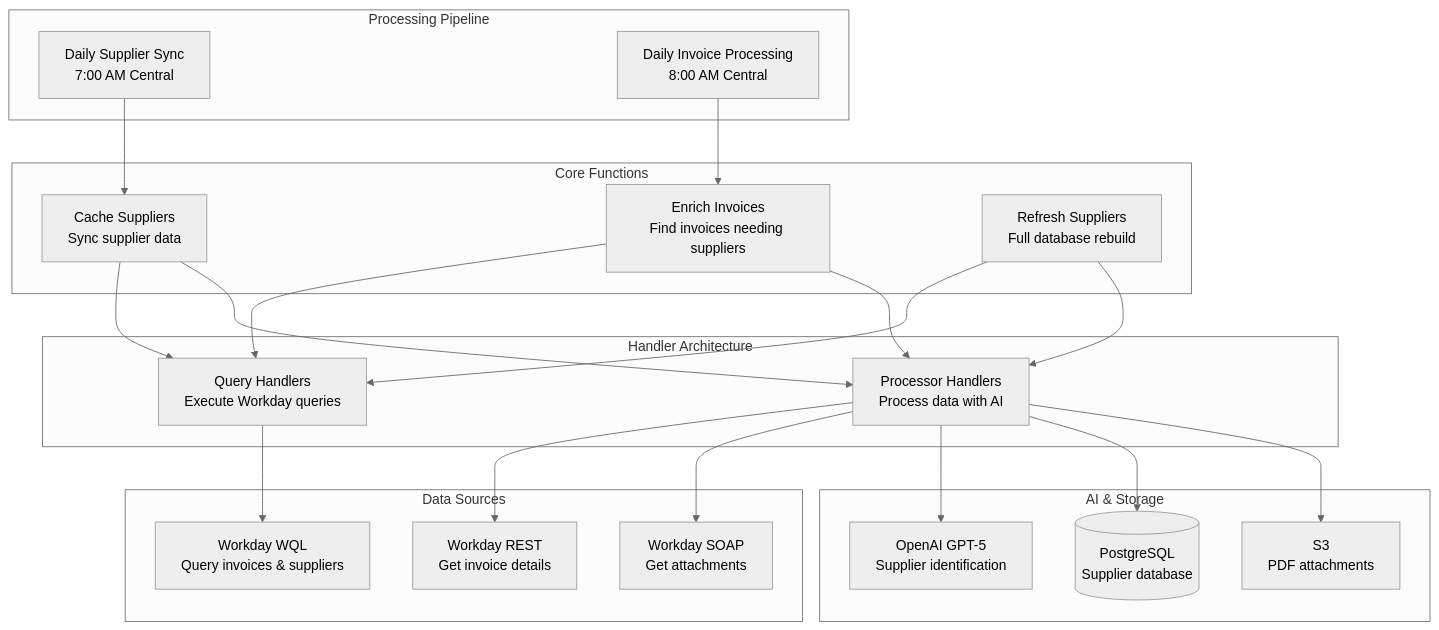
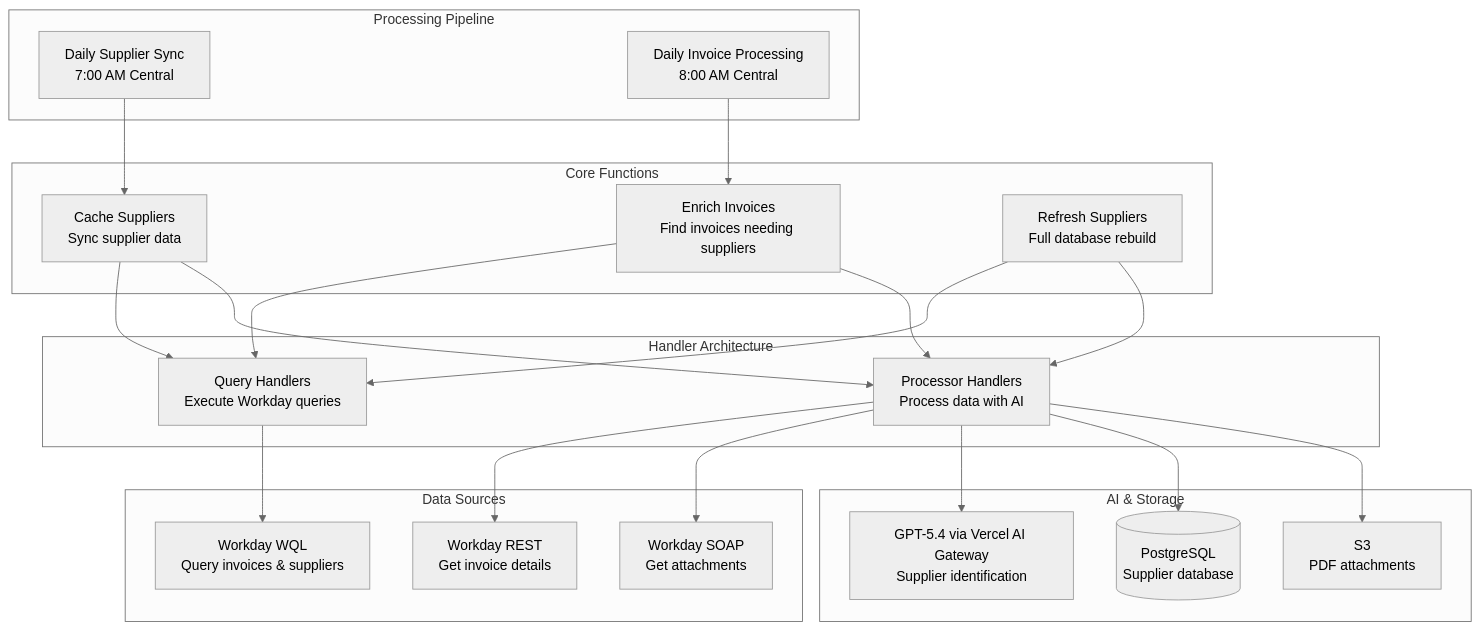
The first of 7 diagrams in README.md (pgahq/finance-agent), drawn with Mermaid (neutral theme) before and after one commit. The commit also changed other lines of this file and 14 other files, not shown here.

First line of the commit message:
Route all model and embedding traffic through the Vercel AI Gateway (#213)

````diff
--- a/README.md
+++ b/README.md
@@ -41,47 +41,47 @@
 ```mermaid
 graph TB
     subgraph "Processing Pipeline"
         SCHED1[Daily Supplier Sync<br/>7:00 AM Central]
         SCHED2[Daily Invoice Processing<br/>8:00 AM Central]
     end
 
     subgraph "Handler Architecture"
         QUERY[Query Handlers<br/>Execute Workday queries]
         PROC[Processor Handlers<br/>Process data with AI]
     end
 
     subgraph "Core Functions"
         CACHE[Cache Suppliers<br/>Sync supplier data]
         ENRICH[Enrich Invoices<br/>Find invoices needing suppliers]
         REFRESH[Refresh Suppliers<br/>Full database rebuild]
     end
 
     subgraph "Data Sources"
         WQL[Workday WQL<br/>Query invoices & suppliers]
         REST[Workday REST<br/>Get invoice details]
         SOAP[Workday SOAP<br/>Get attachments]
     end
 
     subgraph "AI & Storage"
-        AI[OpenAI GPT-5<br/>Supplier identification]
+        AI[GPT-5.4 via Vercel AI Gateway<br/>Supplier identification]
         DB[(PostgreSQL<br/>Supplier database)]
         S3[S3<br/>PDF attachments]
     end
 
     SCHED1 --> CACHE
     SCHED2 --> ENRICH
 
     CACHE --> QUERY
     CACHE --> PROC
     ENRICH --> QUERY
     ENRICH --> PROC
     REFRESH --> QUERY
     REFRESH --> PROC
 
     QUERY --> WQL
     PROC --> REST
     PROC --> SOAP
     PROC --> AI
     PROC --> DB
     PROC --> S3
 ```
````
